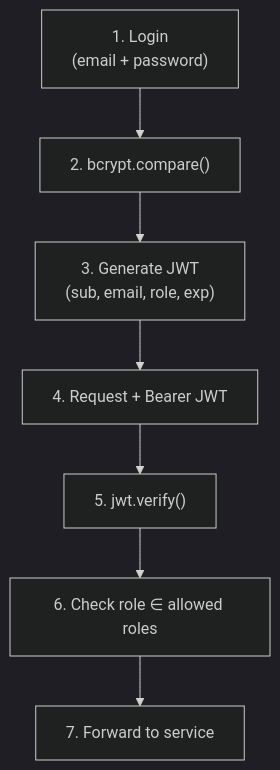
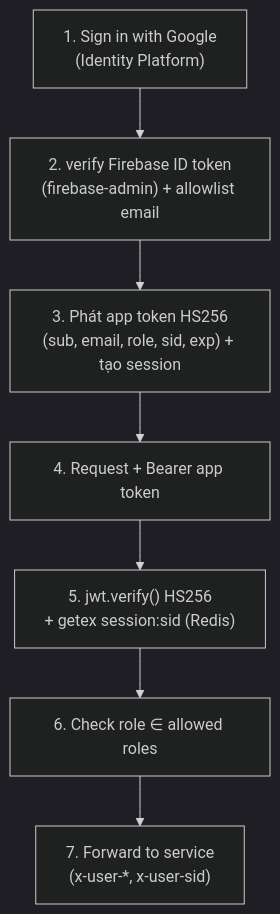
The tenth of 14 diagrams in docs/architecture/design-patterns.md (ndmthuan97/ERP-Prototype-Example), drawn with Mermaid (dark theme) before and after one commit. The commit also changed other lines of this file and 200 other files, not shown here.

First line of the commit message:
feat(auth): integrate Google sign-in with Firebase Identity Platform

````diff
--- a/docs/architecture/design-patterns.md
+++ b/docs/architecture/design-patterns.md
@@ -846,17 +848,17 @@
 ```mermaid
 flowchart TB
-    Login["1. Login\n(email + password)"]
-    Hash["2. bcrypt.compare()"]
-    Token["3. Generate JWT\n(sub, email, role, exp)"]
-    Req["4. Request + Bearer JWT"]
-    Verify["5. jwt.verify()"]
+    Login["1. Sign in with Google\n(Identity Platform)"]
+    Verify0["2. verify Firebase ID token\n(firebase-admin) + allowlist email"]
+    Token["3. Phát app token HS256\n(sub, email, role, sid, exp) + tạo session"]
+    Req["4. Request + Bearer app token"]
+    Verify["5. jwt.verify() HS256\n+ getex session:sid (Redis)"]
     RBAC["6. Check role ∈ allowed roles"]
-    OK["7. Forward to service"]
+    OK["7. Forward to service\n(x-user-*, x-user-sid)"]
 
-    Login --> Hash
-    Hash --> Token
+    Login --> Verify0
+    Verify0 --> Token
     Token --> Req
     Req --> Verify
     Verify --> RBAC
     RBAC --> OK
 ```
````
